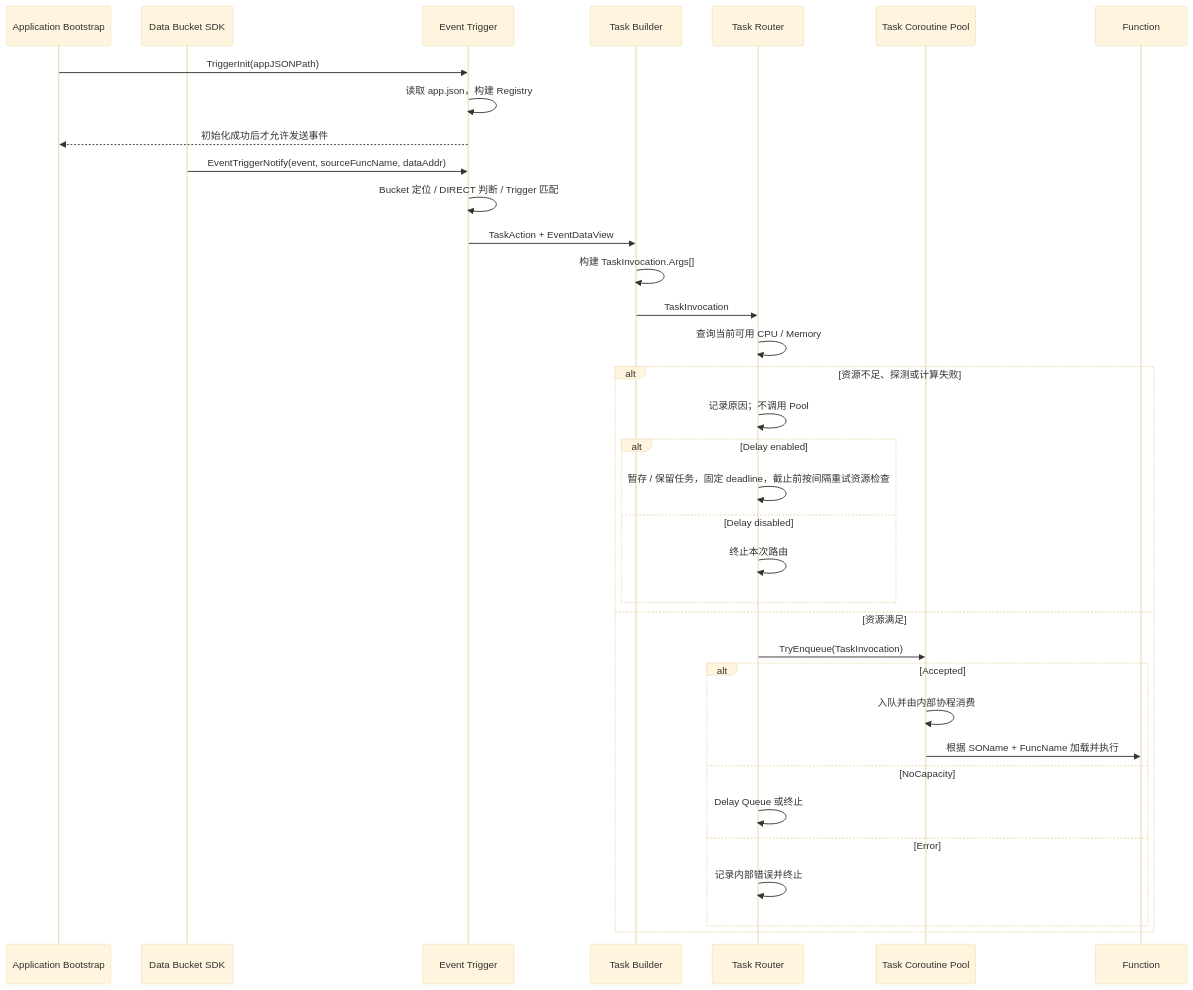
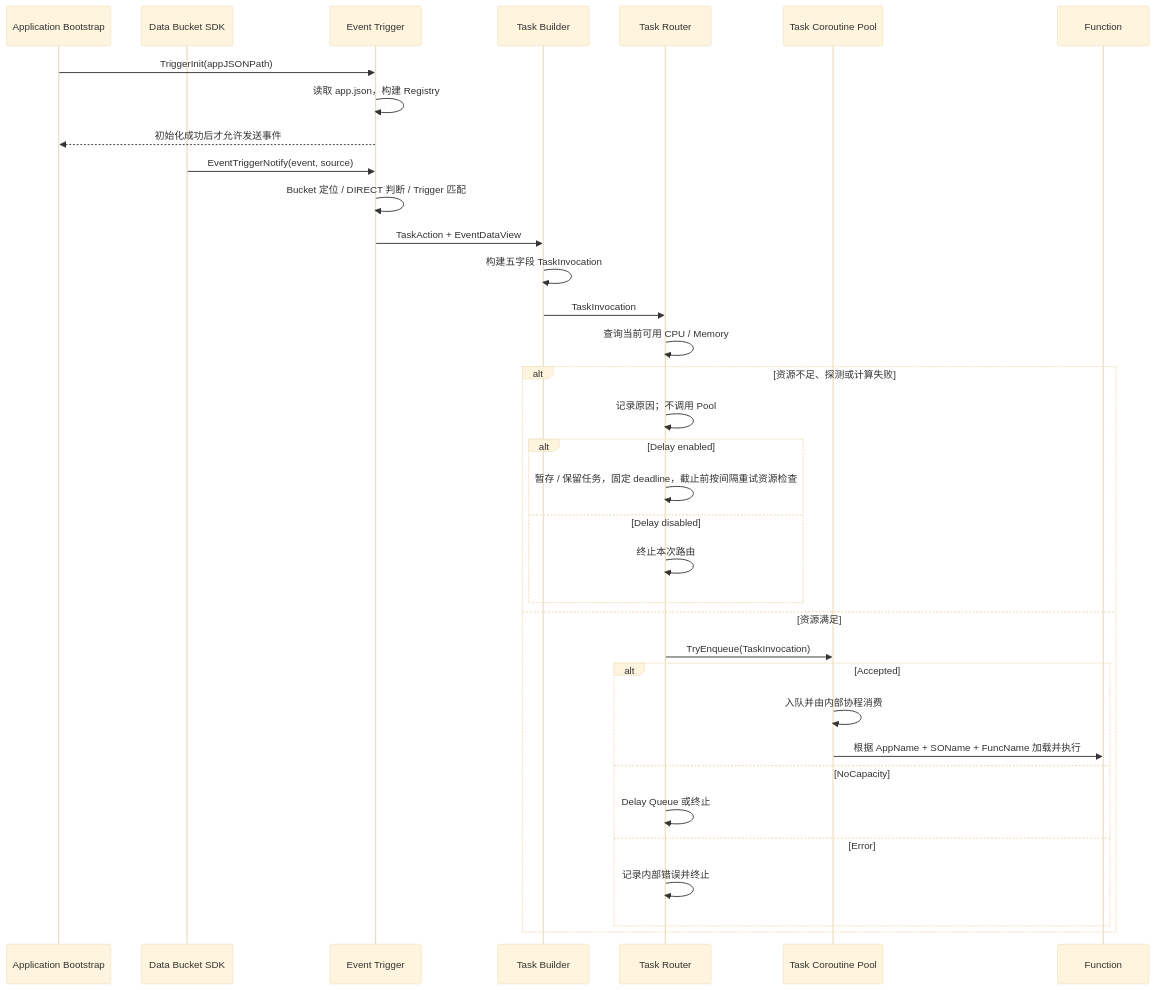
The fifth of 7 diagrams in docs/DESIGN.md (10wvw01/Pheromone-mini), drawn with Mermaid (base theme) before and after one commit. The commit also changed other lines of this file and 18 other files, not shown here.

Commit message:
Route App-scoped batches with a minimal Pool contract

```diff
--- a/docs/DESIGN.md
+++ b/docs/DESIGN.md
@@ -1114,38 +1002,38 @@
 ~~~mermaid
 sequenceDiagram
     participant App as Application Bootstrap
     participant SDK as Data Bucket SDK
     participant ET as Event Trigger
     participant TB as Task Builder
     participant RT as Task Router
     participant Pool as Task Coroutine Pool
     participant Fn as Function
 
     App->>ET: TriggerInit(appJSONPath)
     ET->>ET: 读取 app.json，构建 Registry
     ET-->>App: 初始化成功后才允许发送事件
-    SDK->>ET: EventTriggerNotify(event, sourceFuncName, dataAddr)
+    SDK->>ET: EventTriggerNotify(event, source)
     ET->>ET: Bucket 定位 / DIRECT 判断 / Trigger 匹配
     ET->>TB: TaskAction + EventDataView
-    TB->>TB: 构建 TaskInvocation.Args[]
+    TB->>TB: 构建五字段 TaskInvocation
     TB->>RT: TaskInvocation
     RT->>RT: 查询当前可用 CPU / Memory
     alt 资源不足、探测或计算失败
         RT->>RT: 记录原因；不调用 Pool
         alt Delay enabled
             RT->>RT: 暂存 / 保留任务，固定 deadline，截止前按间隔重试资源检查
         else Delay disabled
             RT->>RT: 终止本次路由
         end
     else 资源满足
         RT->>Pool: TryEnqueue(TaskInvocation)
         alt Accepted
             Pool->>Pool: 入队并由内部协程消费
-            Pool->>Fn: 根据 SOName + FuncName 加载并执行
+            Pool->>Fn: 根据 AppName + SOName + FuncName 加载并执行
         else NoCapacity
             RT->>RT: Delay Queue 或终止
         else Error
             RT->>RT: 记录内部错误并终止
         end
     end
 ~~~
```
